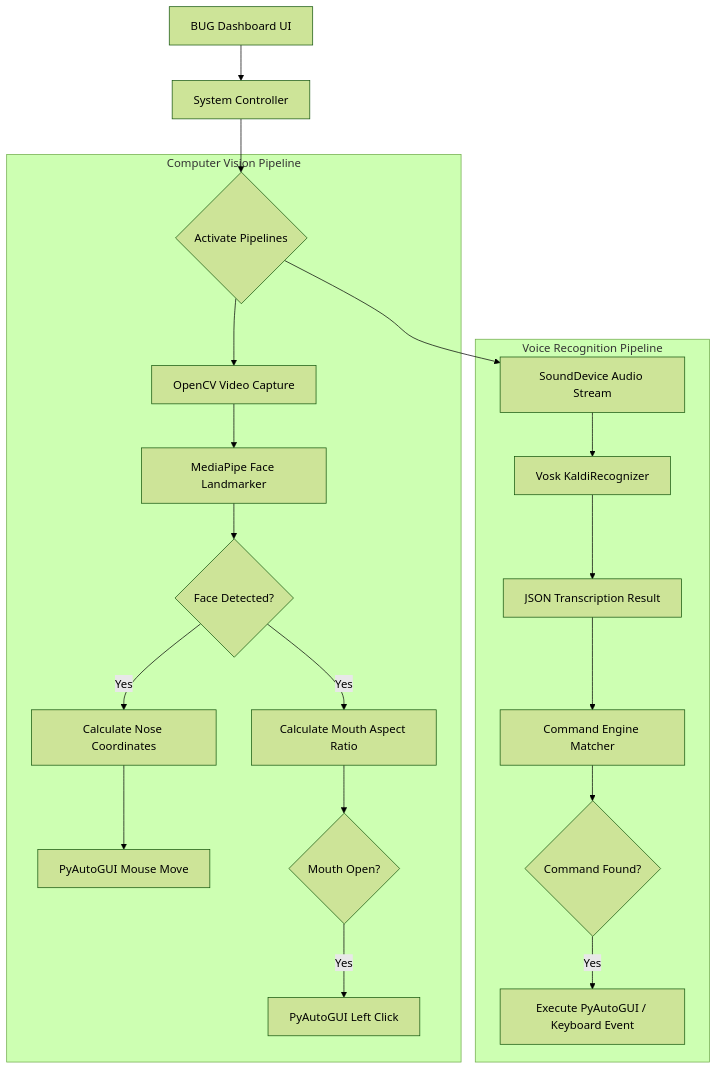
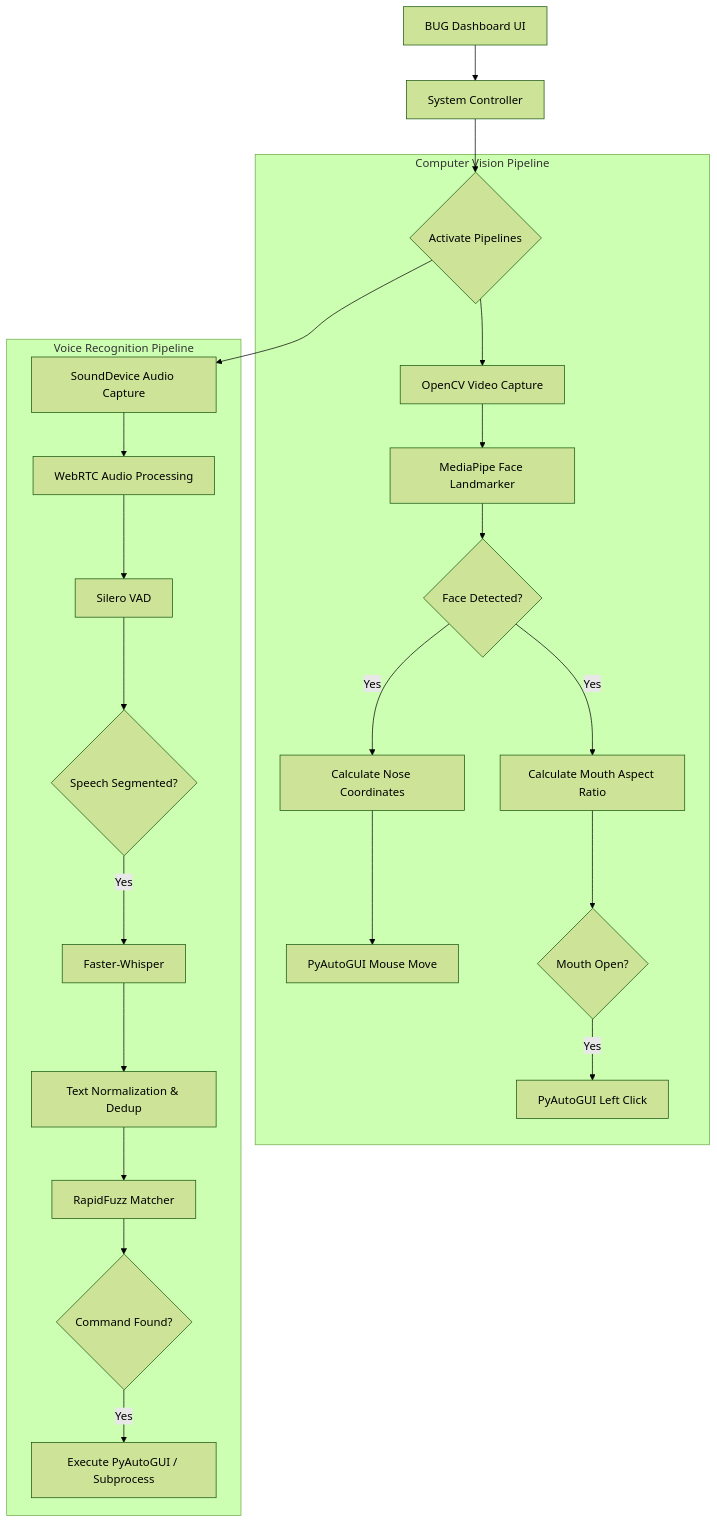
One commit to maj-afe/Group-7-s-Projects-Repository changed the first of 2 diagrams in README.md. Above: the diagram before and after it, drawn with Mermaid (forest theme). The commit also changed other lines of this file and 20 other files, not shown here.

Commit message:
feat: implement voice processing pipeline using WebRTC, Silero VAD, and Faster-Whisper

````diff
--- a/README.md
+++ b/README.md
@@ -61,25 +70,28 @@
 ```mermaid
 graph TD
     A[BUG Dashboard UI] --> B[System Controller]
     B --> C{Activate Pipelines}
 
     subgraph Computer Vision Pipeline
     C --> D[OpenCV Video Capture]
     D --> E[MediaPipe Face Landmarker]
     E --> F{Face Detected?}
     F -- Yes --> G[Calculate Nose Coordinates]
     F -- Yes --> H[Calculate Mouth Aspect Ratio]
     G --> I[PyAutoGUI Mouse Move]
     H --> J{Mouth Open?}
     J -- Yes --> K[PyAutoGUI Left Click]
     end
 
     subgraph Voice Recognition Pipeline
-    C --> L[SoundDevice Audio Stream]
-    L --> M[Vosk KaldiRecognizer]
-    M --> N[JSON Transcription Result]
-    N --> O[Command Engine Matcher]
-    O --> P{Command Found?}
-    P -- Yes --> Q[Execute PyAutoGUI / Keyboard Event]
+    C --> L[SoundDevice Audio Capture]
+    L --> M[WebRTC Audio Processing]
+    M --> N[Silero VAD]
+    N --> O{Speech Segmented?}
+    O -- Yes --> P[Faster-Whisper]
+    P --> Q[Text Normalization & Dedup]
+    Q --> R[RapidFuzz Matcher]
+    R --> S{Command Found?}
+    S -- Yes --> T[Execute PyAutoGUI / Subprocess]
     end
 ```
````
